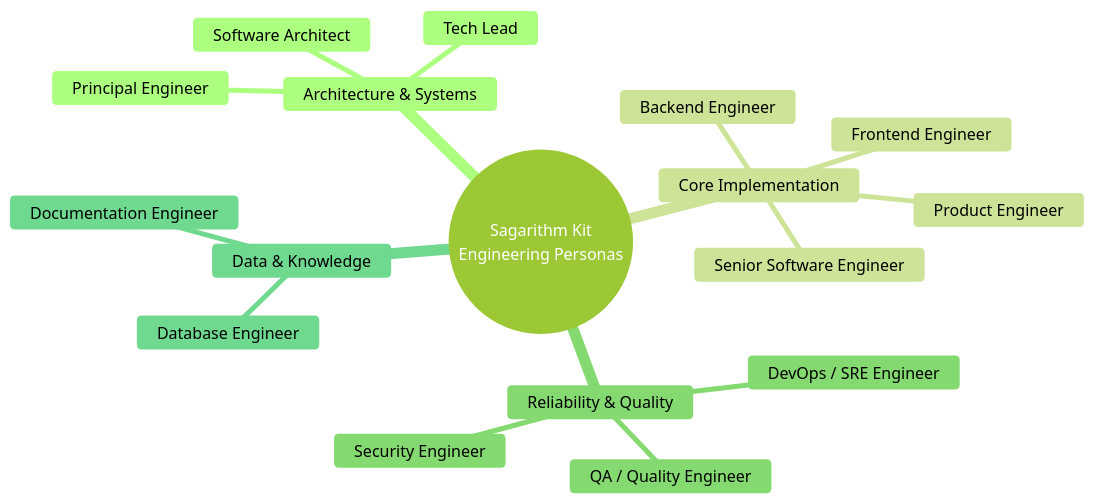
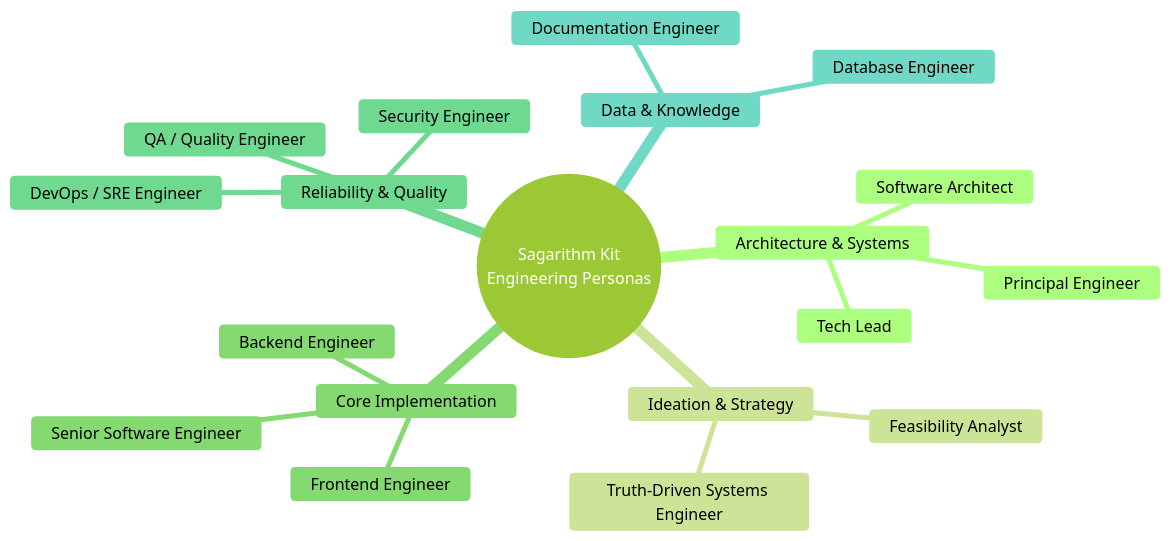
One commit to sagarithm/sagarithm-kit changed the first of 2 diagrams in ARCHITECTURE.md. Above: the diagram before and after it, drawn with Mermaid (forest theme). The commit also changed other lines of this file and 3 other files, not shown here.

Commit message:
docs: synchronize README, ARCHITECTURE, CLI and skills documentation for v1.1.1 release

````diff
--- a/ARCHITECTURE.md
+++ b/ARCHITECTURE.md
@@ -64,20 +67,22 @@
 ```mermaid
 mindmap
   root((Sagarithm Kit<br/>Engineering Personas))
     Architecture & Systems
       Software Architect
       Principal Engineer
       Tech Lead
+    Ideation & Strategy
+      Truth-Driven Systems Engineer
+      Feasibility Analyst
     Core Implementation
       Senior Software Engineer
       Frontend Engineer
       Backend Engineer
-      Product Engineer
     Reliability & Quality
       QA / Quality Engineer
       Security Engineer
       DevOps / SRE Engineer
     Data & Knowledge
       Database Engineer
       Documentation Engineer
 ```
````
